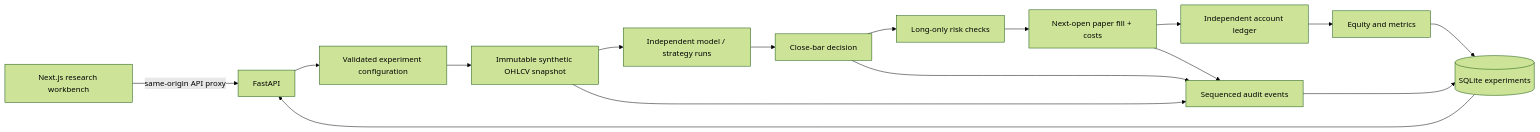
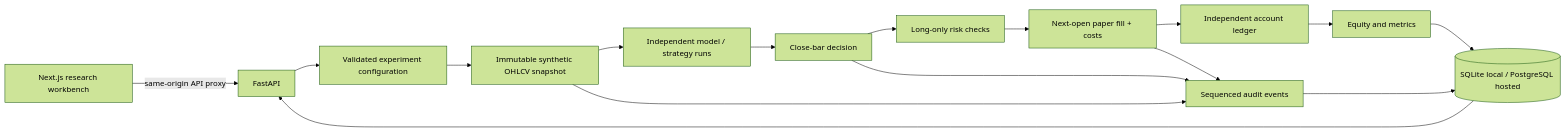
One commit to kdeng4/parallax-lab changed the diagram in docs/architecture.md. Above: the diagram before and after it, drawn with Mermaid (forest theme). The commit also changed other lines of this file and 21 other files, not shown here.

````diff
--- a/docs/architecture.md
+++ b/docs/architecture.md
@@ -7,18 +7,18 @@
 ```mermaid
 flowchart LR
     UI[Next.js research workbench] -->|same-origin API proxy| API[FastAPI]
     API --> EXP[Validated experiment configuration]
     EXP --> DATA[Immutable synthetic OHLCV snapshot]
     DATA --> A[Independent model / strategy runs]
     A --> SIG[Close-bar decision]
     SIG --> RISK[Long-only risk checks]
     RISK --> FILL[Next-open paper fill + costs]
     FILL --> LEDGER[Independent account ledger]
     LEDGER --> METRICS[Equity and metrics]
     DATA --> AUDIT[Sequenced audit events]
     SIG --> AUDIT
     FILL --> AUDIT
-    METRICS --> DB[(SQLite experiments)]
+    METRICS --> DB[(SQLite local / PostgreSQL hosted)]
     AUDIT --> DB
     DB --> API
 ```
````
